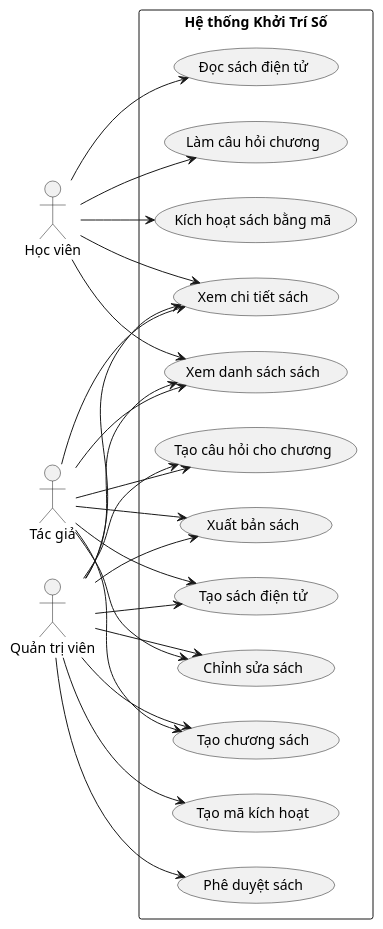
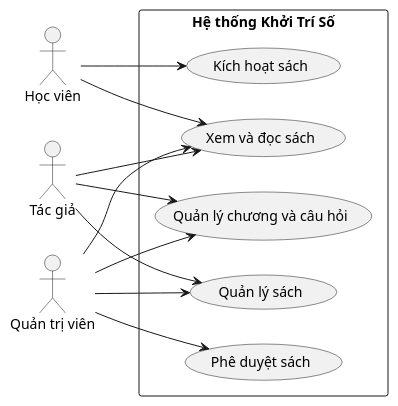
One commit to ngocnghia81/KhoiTriSo-PHP changed the fourth of 18 diagrams in khoitriso-be/BIEU_DO_UML.md. Above: the diagram before and after it, drawn with PlantUML. The commit also changed other lines of this file and 23 other files, not shown here.

````diff
--- a/khoitriso-be/BIEU_DO_UML.md
+++ b/khoitriso-be/BIEU_DO_UML.md
@@ -138,48 +90,29 @@
 ```plantuml
 @startuml
 left to right direction
 actor "Học viên" as Student
 actor "Tác giả" as Author
 actor "Quản trị viên" as Admin
 
 rectangle "Hệ thống Khởi Trí Số" {
-  usecase "Xem danh sách sách" as UC1
-  usecase "Xem chi tiết sách" as UC2
-  usecase "Đọc sách điện tử" as UC3
-  usecase "Làm câu hỏi chương" as UC4
-  usecase "Tạo sách điện tử" as UC5
-  usecase "Chỉnh sửa sách" as UC6
-  usecase "Tạo chương sách" as UC7
-  usecase "Tạo câu hỏi cho chương" as UC8
-  usecase "Tạo mã kích hoạt" as UC9
-  usecase "Kích hoạt sách bằng mã" as UC10
-  usecase "Phê duyệt sách" as UC11
-  usecase "Xuất bản sách" as UC12
+  usecase "Xem và đọc sách" as UC1
+  usecase "Kích hoạt sách" as UC2
+  usecase "Quản lý sách" as UC3
+  usecase "Quản lý chương và câu hỏi" as UC4
+  usecase "Phê duyệt sách" as UC5
 }
 
 Student --> UC1
 Student --> UC2
-Student --> UC3
-Student --> UC4
-Student --> UC10
 
 Author --> UC1
-Author --> UC2
-Author --> UC5
-Author --> UC6
-Author --> UC7
-Author --> UC8
-Author --> UC12
+Author --> UC3
+Author --> UC4
 
 Admin --> UC1
-Admin --> UC2
+Admin --> UC3
+Admin --> UC4
 Admin --> UC5
-Admin --> UC6
-Admin --> UC7
-Admin --> UC8
-Admin --> UC9
-Admin --> UC11
-Admin --> UC12
 
 @enduml
 ```
````
